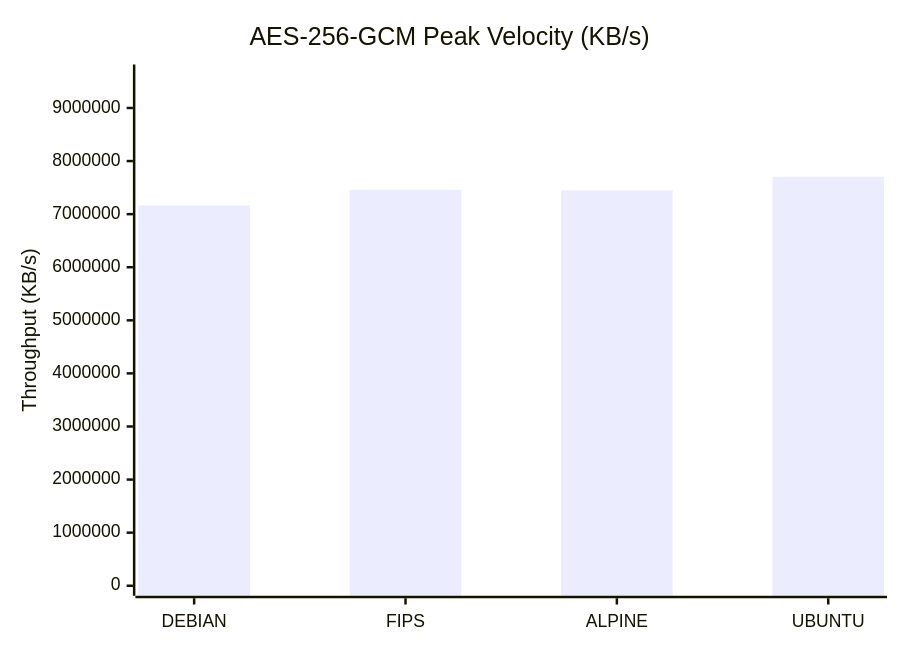
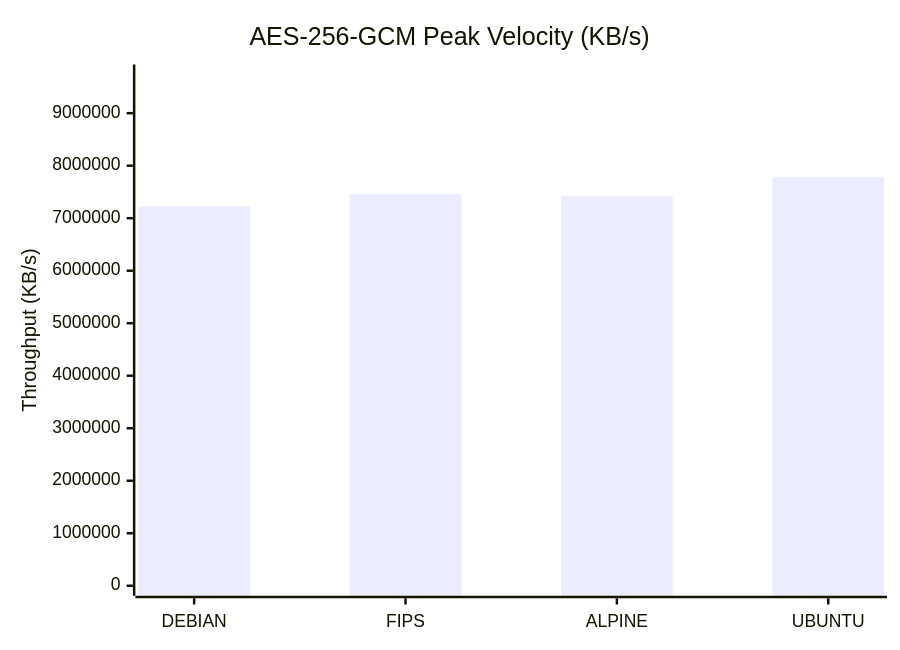
The first of 9 diagrams in docs/Comparison_Report.md (taha2samy/openssl_fips), drawn with Mermaid before and after one commit. The commit also changed other lines of this file and 2 other files, not shown here.

````diff
--- a/docs/Comparison_Report.md
+++ b/docs/Comparison_Report.md
@@ -56,7 +56,7 @@
 ```mermaid
 xychart-beta
     title "AES-256-GCM Peak Velocity (KB/s)"
     x-axis [DEBIAN, FIPS, ALPINE, UBUNTU]
-    y-axis "Throughput (KB/s)" 0 --> 9630545
-    bar [7166976.0, 7459840.0, 7449034.75, 7704436.74]
+    y-axis "Throughput (KB/s)" 0 --> 9736806
+    bar [7222861.82, 7461781.5, 7425368.06, 7789445.12]
 ```
````
